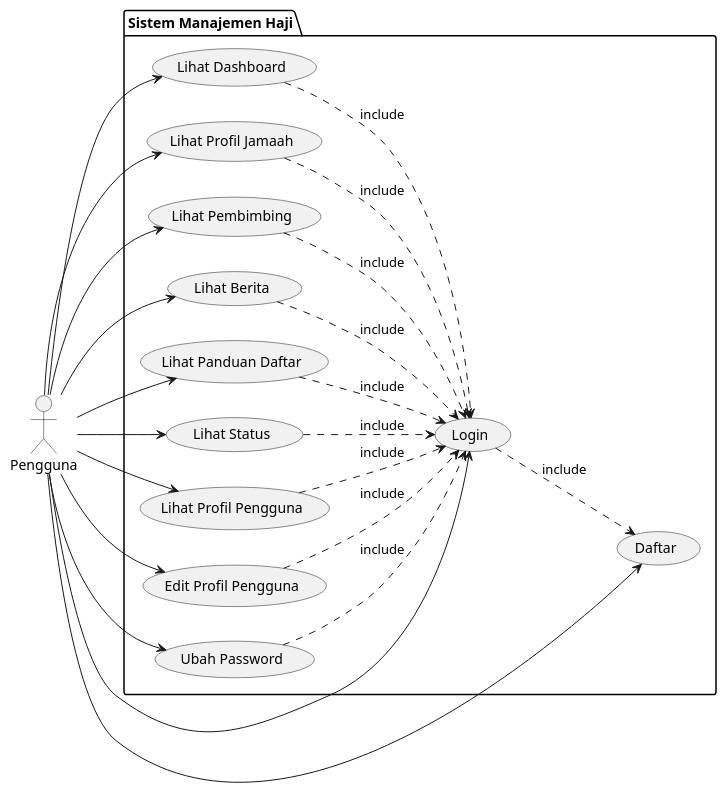
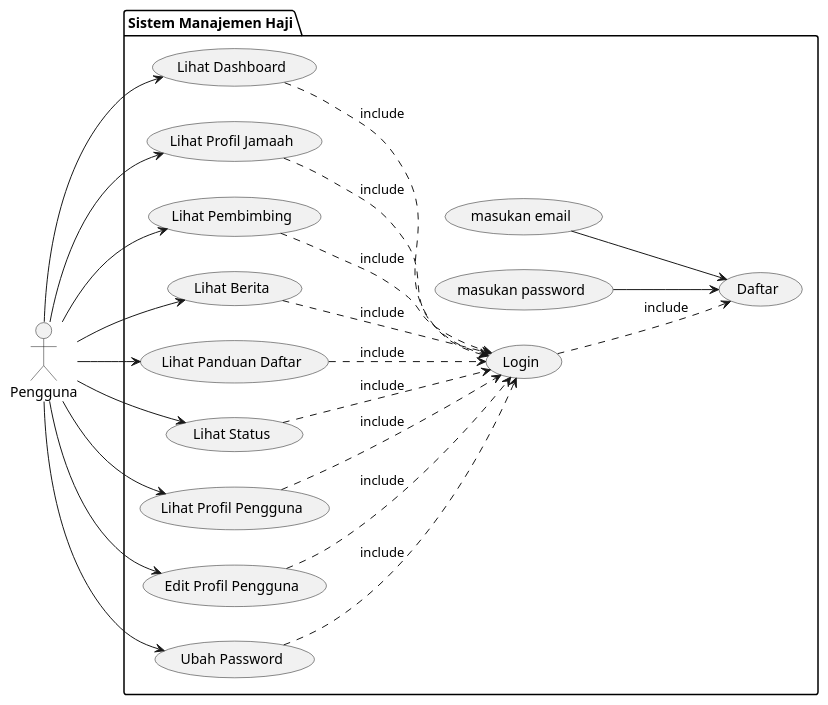
Before and after one commit to fauzirahayu/uzicom: the diagram in komponen/use_case_diagram_pengguna.puml, drawn with PlantUML. The commit also changed 5 other files, not shown here.

```diff
--- a/komponen/use_case_diagram_pengguna.puml
+++ b/komponen/use_case_diagram_pengguna.puml
@@ -1,56 +1,58 @@
 @startuml
 left to right direction
 
 actor "Pengguna" as Pengguna
 
 package "Sistem Manajemen Haji" {
     ' Authentication
     usecase "Login" as UC1
     usecase "Daftar" as UC2
+    usecase "masukan email"as UC31
+    usecase "masukan password" as UC32
 
     ' Dashboard
     usecase "Lihat Dashboard" as UC3
 
     ' View Jamaah Data
     usecase "Lihat Profil Jamaah" as UC8
 
     ' View Other Data
     usecase "Lihat Pembimbing" as UC24
     usecase "Lihat Berita" as UC25
     usecase "Lihat Panduan Daftar" as UC26
     usecase "Lihat Status" as UC27
 
     ' Profile Management
     usecase "Lihat Profil Pengguna" as UC28
     usecase "Edit Profil Pengguna" as UC29
     usecase "Ubah Password" as UC30
 
     ' Includes
     UC3 ..> UC1 : include
     UC8 ..> UC1 : include
     UC24 ..> UC1 : include
     UC25 ..> UC1 : include
     UC26 ..> UC1 : include
     UC27 ..> UC1 : include
     UC28 ..> UC1 : include
     UC29 ..> UC1 : include
     UC30 ..> UC1 : include
     UC1 ..> UC2 : include
 }
 
 '
 ' Pengguna relations
 '
-Pengguna --> UC1
-Pengguna --> UC2
+UC31 --> UC2 
+UC32 --> UC2 
 Pengguna --> UC3
 Pengguna --> UC8
 Pengguna --> UC24
 Pengguna --> UC25
 Pengguna --> UC26
 Pengguna --> UC27
 Pengguna --> UC28
 Pengguna --> UC29
 Pengguna --> UC30
 
 @enduml
```
